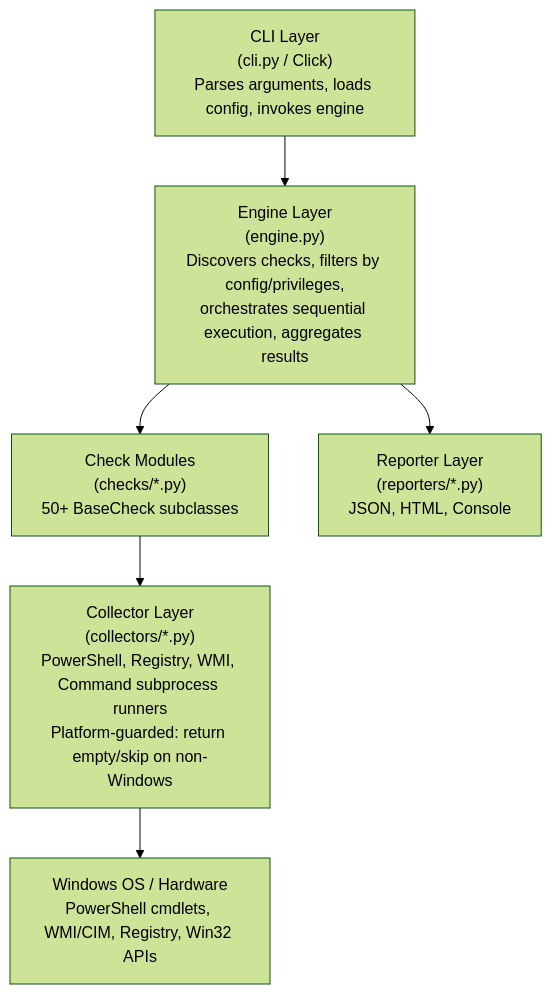
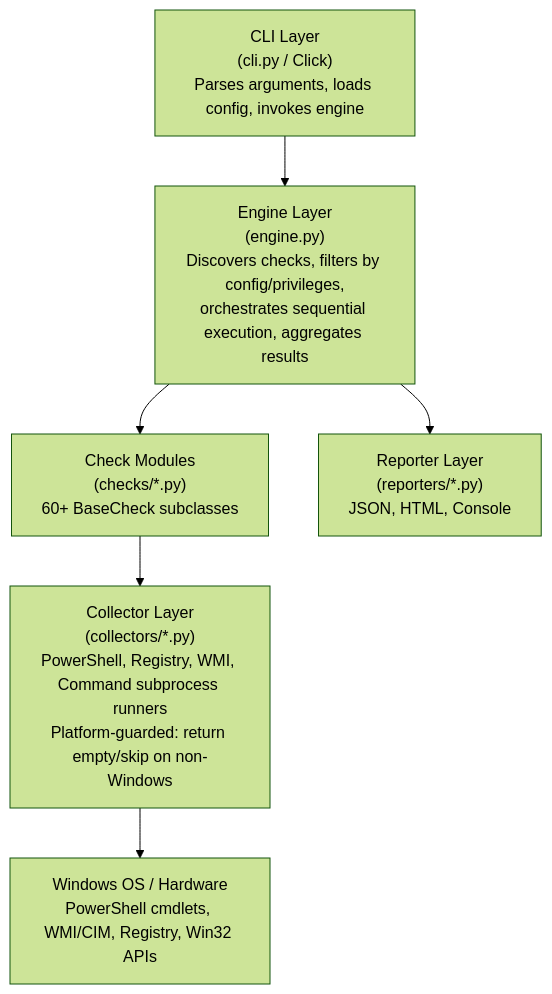
One commit to rondilley/Vitia_Invenire_AI changed the first of 3 diagrams in doc/ARCHITECTURE.md. Above: the diagram before and after it, drawn with Mermaid (forest theme). The commit also changed other lines of this file and 19 other files, not shown here.

````diff
--- a/doc/ARCHITECTURE.md
+++ b/doc/ARCHITECTURE.md
@@ -9,15 +9,15 @@
 ```mermaid
 graph TD
     CLI["CLI Layer<br/>(cli.py / Click)<br/>Parses arguments, loads config, invokes engine"]
     ENGINE["Engine Layer<br/>(engine.py)<br/>Discovers checks, filters by config/privileges,<br/>orchestrates sequential execution, aggregates results"]
-    CHECKS["Check Modules<br/>(checks/*.py)<br/>50+ BaseCheck subclasses"]
+    CHECKS["Check Modules<br/>(checks/*.py)<br/>60+ BaseCheck subclasses"]
     REPORTERS["Reporter Layer<br/>(reporters/*.py)<br/>JSON, HTML, Console"]
     COLLECTORS["Collector Layer<br/>(collectors/*.py)<br/>PowerShell, Registry, WMI, Command subprocess runners<br/>Platform-guarded: return empty/skip on non-Windows"]
     OS["Windows OS / Hardware<br/>PowerShell cmdlets, WMI/CIM, Registry, Win32 APIs"]
 
     CLI --> ENGINE
     ENGINE --> CHECKS
     ENGINE --> REPORTERS
     CHECKS --> COLLECTORS
     COLLECTORS --> OS
 ```
````
